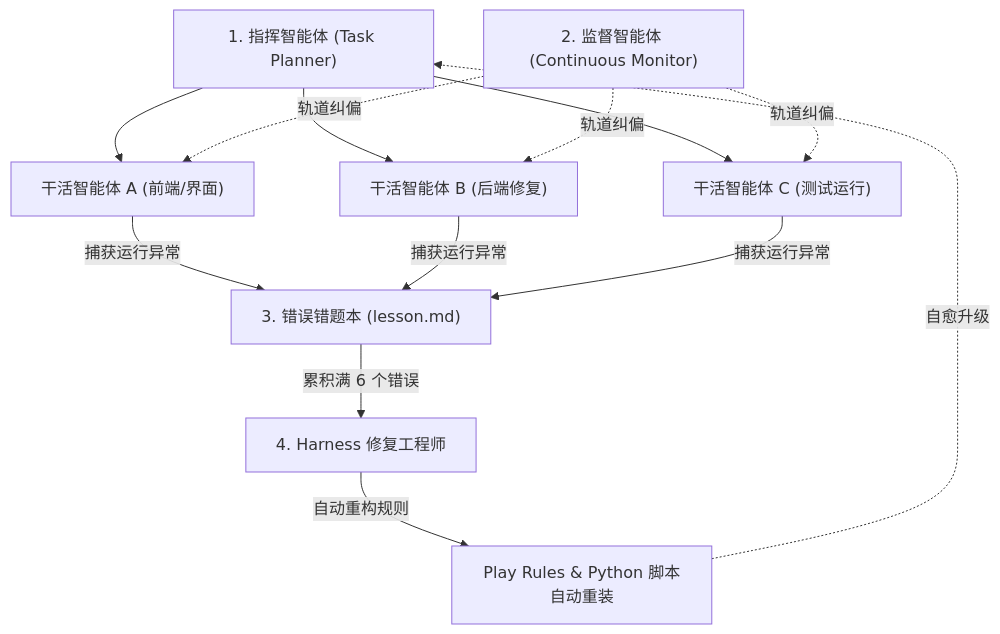
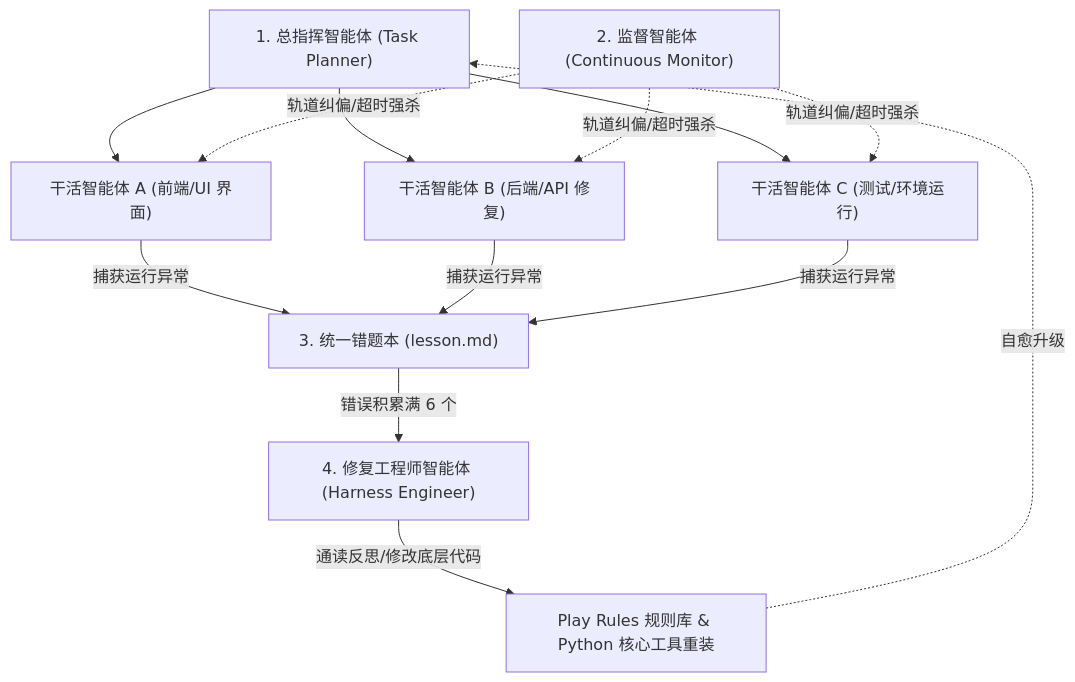
One commit to dollarser/knowledge changed the third of 9 diagrams in content/live-20261108-01.md. Above: the diagram before and after it, drawn with Mermaid. The commit also changed other lines of this file and 4 other files, not shown here.

````diff
--- a/content/live-20261108-01.md
+++ b/content/live-20261108-01.md
@@ -58,15 +116,15 @@
 ```mermaid
 flowchart TD
-    Leader["1. 指挥智能体 (Task Planner)"] --> Worker1["干活智能体 A (前端/界面)"]
-    Leader --> Worker2["干活智能体 B (后端修复)"]
-    Leader --> Worker3["干活智能体 C (测试运行)"]
+    Leader["1. 总指挥智能体 (Task Planner)"] --> Worker1["干活智能体 A (前端/UI 界面)"]
+    Leader --> Worker2["干活智能体 B (后端/API 修复)"]
+    Leader --> Worker3["干活智能体 C (测试/环境运行)"]
     
-    Supervisor["2. 监督智能体 (Continuous Monitor)"] -.->|轨道纠偏| Worker1
-    Supervisor -.->|轨道纠偏| Worker2
-    Supervisor -.->|轨道纠偏| Worker3
+    Supervisor["2. 监督智能体 (Continuous Monitor)"] -.->|轨道纠偏/超时强杀| Worker1
+    Supervisor -.->|轨道纠偏/超时强杀| Worker2
+    Supervisor -.->|轨道纠偏/超时强杀| Worker3
     
-    Worker1 & Worker2 & Worker3 -->|捕获运行异常| Lesson["3. 错误错题本 (lesson.md)"]
-    Lesson -->|累积满 6 个错误| Fixer["4. Harness 修复工程师"]
-    Fixer -->|自动重构规则| Rules["Play Rules & Python 脚本自动重装"]
+    Worker1 & Worker2 & Worker3 -->|捕获运行异常| Lesson["3. 统一错题本 (lesson.md)"]
+    Lesson -->|错误积累满 6 个| Fixer["4. 修复工程师智能体 (Harness Engineer)"]
+    Fixer -->|通读反思/修改底层代码| Rules["Play Rules 规则库 & Python 核心工具重装"]
     Rules -.->|自愈升级| Leader
 ```
````
